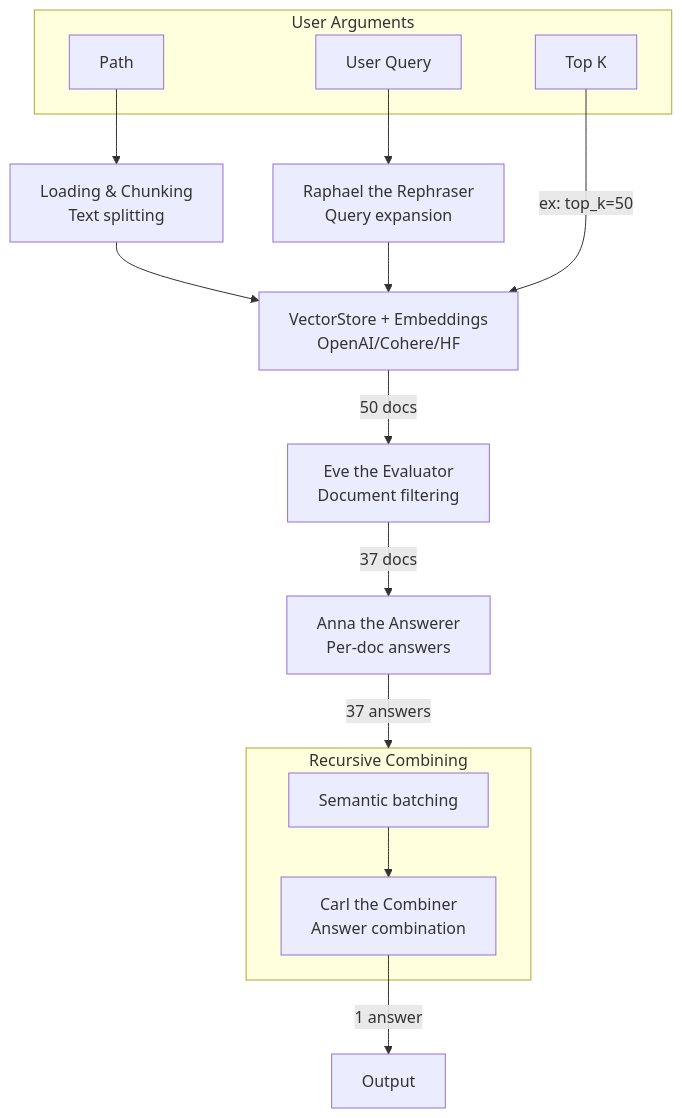
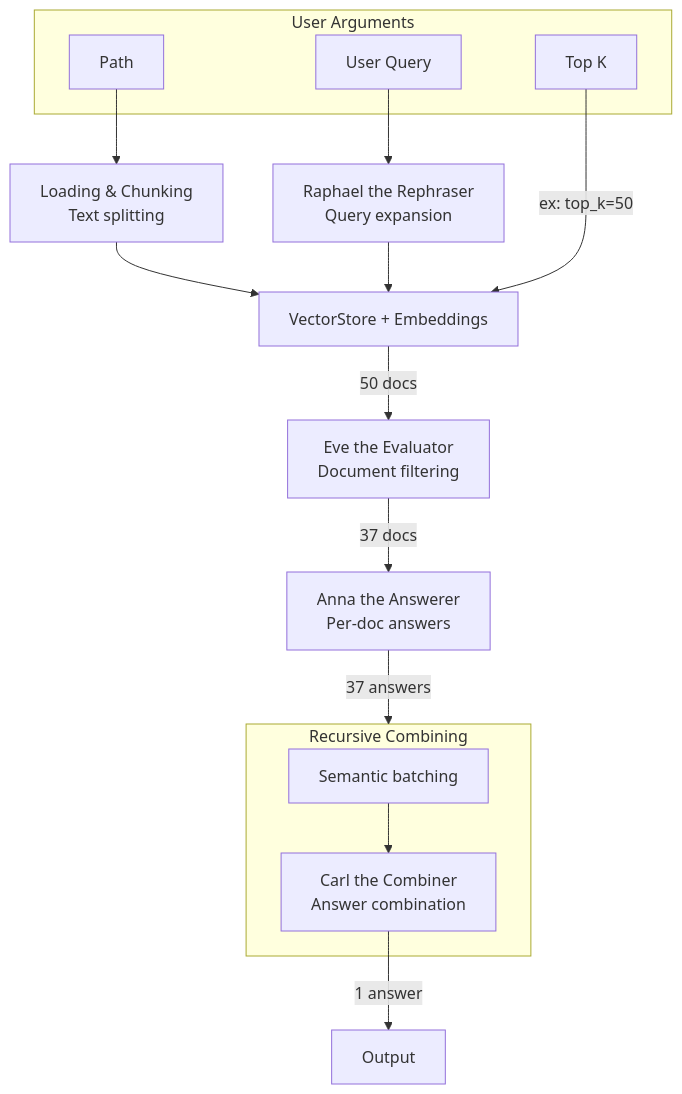
One commit to thiswillbeyourgithub/wdoc changed the diagram in images/diagram_query.mmd. Above: the diagram before and after it, drawn with Mermaid.

```diff
--- a/images/diagram_query.mmd
+++ b/images/diagram_query.mmd
@@ -1,31 +1,31 @@
 flowchart TD
     subgraph Inputs["User Arguments"]
         Path["Path"]
         TopK["Top K"]
         UserQuery["User Query"]
     end
 
-    VectorStoreEmbeddings["VectorStore + Embeddings<br/>OpenAI/Cohere/HF"]
+    VectorStoreEmbeddings["VectorStore + Embeddings"]
     Chunker["Loading & Chunking<br/>Text splitting"]
 
     Path --> Chunker
     Chunker --> VectorStoreEmbeddings
 
     QueryOutput["Output"]
     Raphael["Raphael the Rephraser<br/>Query expansion"]
     Eve["Eve the Evaluator<br/>Document filtering"]
     Anna["Anna the Answerer<br/>Per-doc answers"]
     
     subgraph RecursiveCombining["Recursive Combining"]
         SemanticBatching["Semantic batching"]
         Carl["Carl the Combiner<br/>Answer combination"]
         SemanticBatching --> Carl
     end
     
     UserQuery --> Raphael
     Raphael --> VectorStoreEmbeddings
     TopK -->|ex: top_k=50| VectorStoreEmbeddings
     VectorStoreEmbeddings -->|50 docs| Eve
     Eve -->|37 docs| Anna
     Anna -->|37 answers| RecursiveCombining
     Carl -->|1 answer| QueryOutput
```
